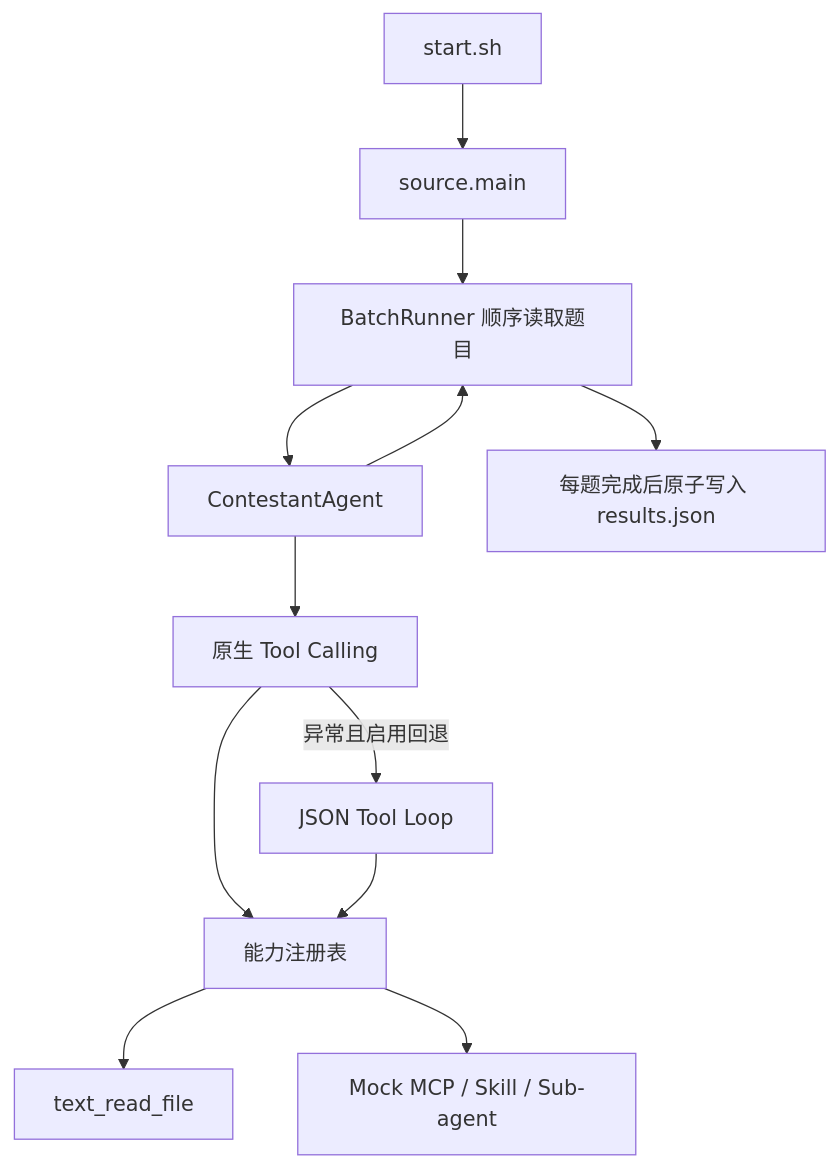
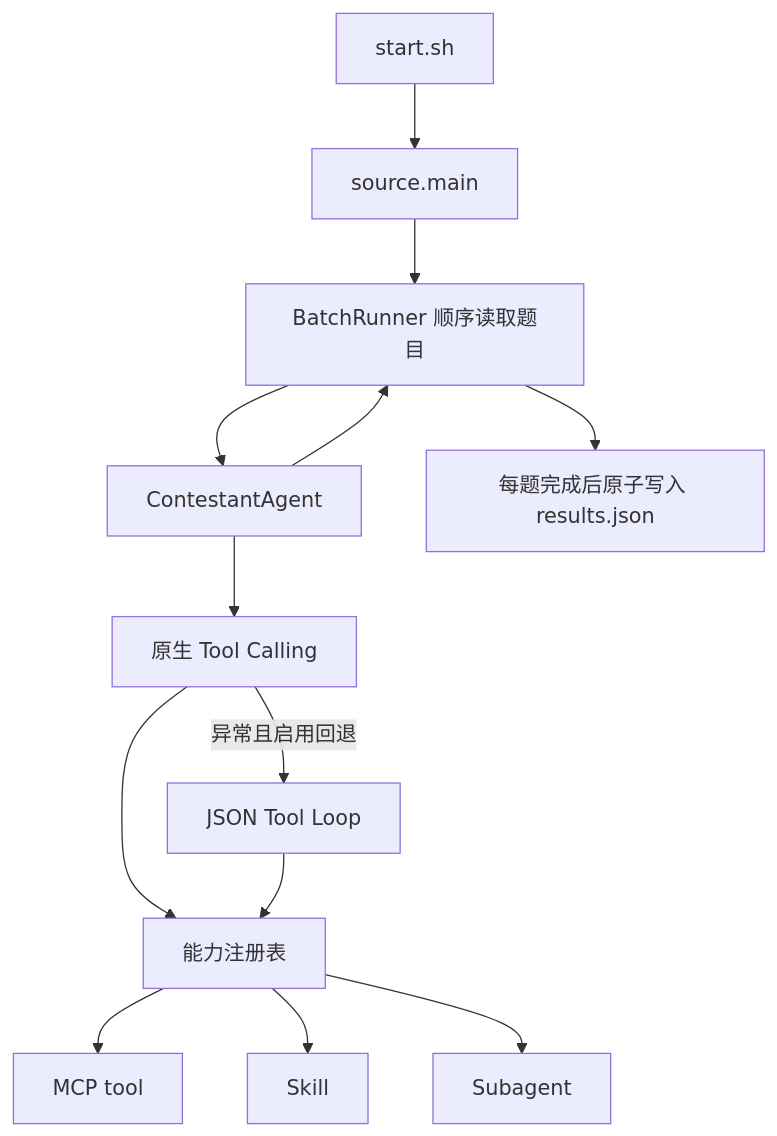
Before and after one commit to guihousun/Agent_competition: the first of 2 diagrams in 比赛参赛记录.md, drawn with Mermaid.

````diff
--- a/比赛参赛记录.md
+++ b/比赛参赛记录.md
@@ -32,14 +32,15 @@
 ```mermaid
 flowchart TD
     A["start.sh"] --> B["source.main"]
     B --> C["BatchRunner 顺序读取题目"]
     C --> D["ContestantAgent"]
     D --> E["原生 Tool Calling"]
     E -->|异常且启用回退| F["JSON Tool Loop"]
     E --> G["能力注册表"]
     F --> G
-    G --> H["text_read_file"]
-    G --> J["Mock MCP / Skill / Sub-agent"]
+    G --> H["MCP tool"]
+    G --> J["Skill"]
+    G --> K["Subagent"]
     D --> C
     C --> I["每题完成后原子写入 results.json"]
 ```
````
